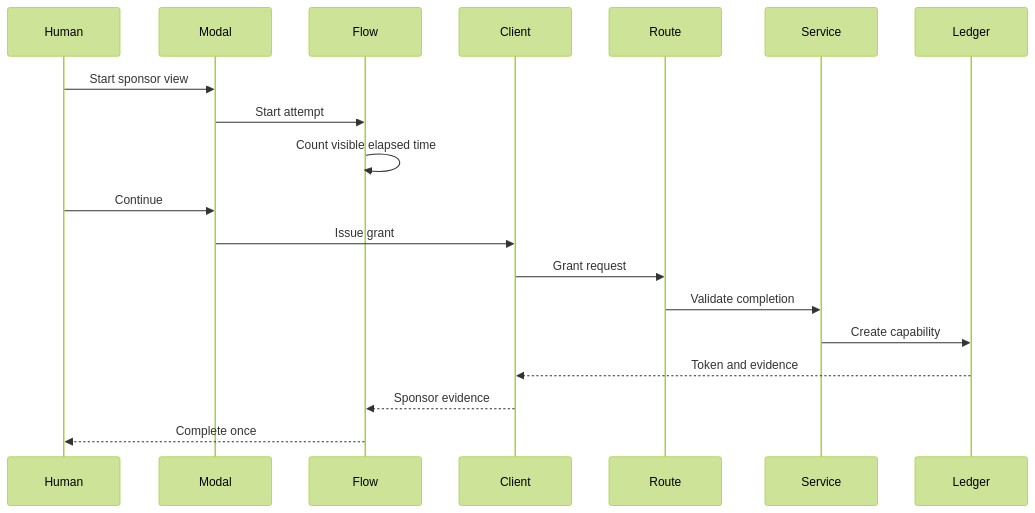
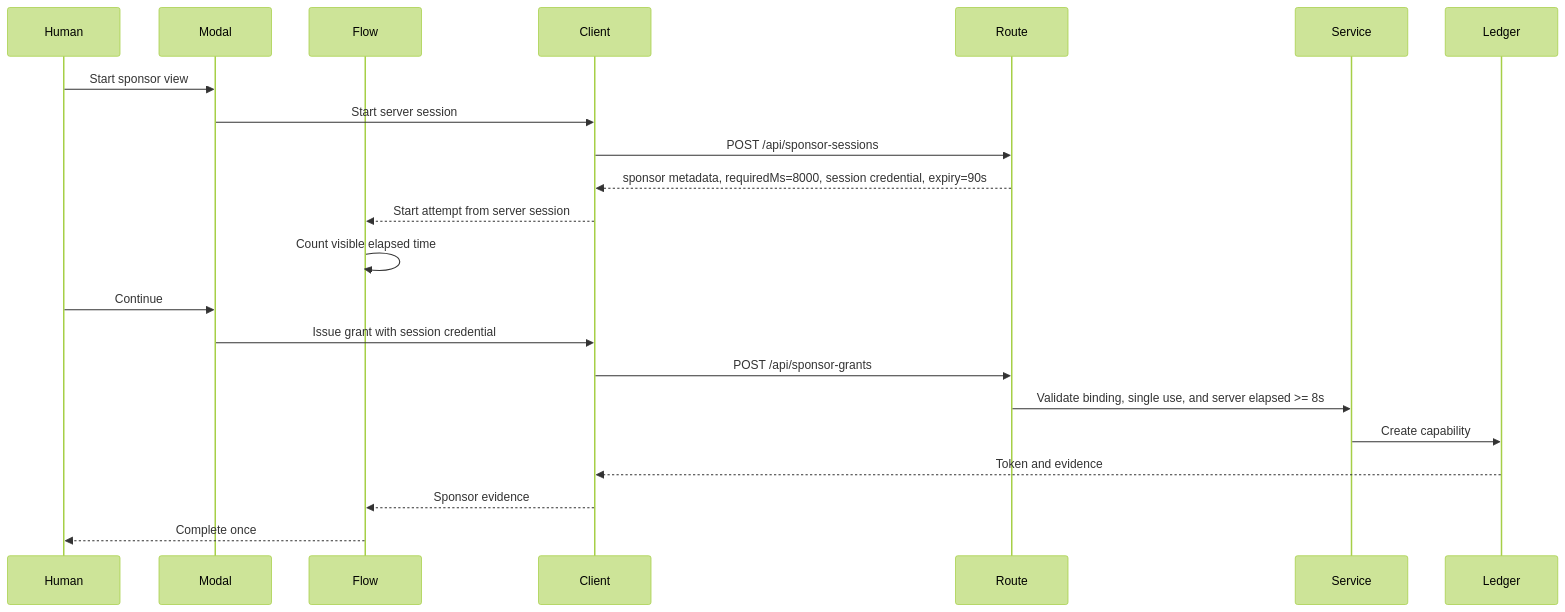
Before and after one commit to mashharuki/OpenAI-WebMCP-Challenge-Hackathon2026: the second of 3 diagrams in .kiro/specs/sponsor-access/design.md, drawn with Mermaid (forest theme). The commit also changed other lines of this file and 25 other files, not shown here.

````diff
--- a/.kiro/specs/sponsor-access/design.md
+++ b/.kiro/specs/sponsor-access/design.md
@@ -122,21 +122,24 @@
 ```mermaid
 sequenceDiagram
     participant Human
     participant Modal
     participant Flow
     participant Client
     participant Route
     participant Service
     participant Ledger
     Human->>Modal: Start sponsor view
-    Modal->>Flow: Start attempt
+    Modal->>Client: Start server session
+    Client->>Route: POST /api/sponsor-sessions
+    Route-->>Client: sponsor metadata, requiredMs=8000, session credential, expiry=90s
+    Client-->>Flow: Start attempt from server session
     Flow->>Flow: Count visible elapsed time
     Human->>Modal: Continue
-    Modal->>Client: Issue grant
-    Client->>Route: Grant request
-    Route->>Service: Validate completion
+    Modal->>Client: Issue grant with session credential
+    Client->>Route: POST /api/sponsor-grants
+    Route->>Service: Validate binding, single use, and server elapsed >= 8s
     Service->>Ledger: Create capability
     Ledger-->>Client: Token and evidence
     Client-->>Flow: Sponsor evidence
     Flow-->>Human: Complete once
 ```
````
